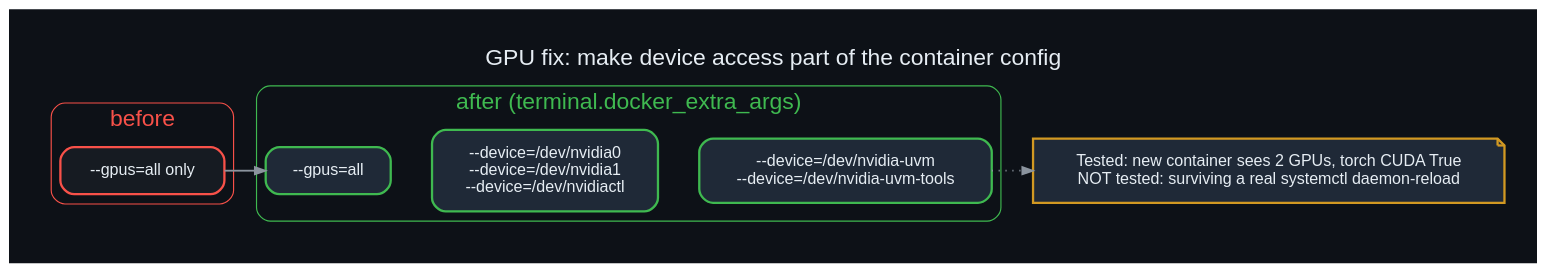
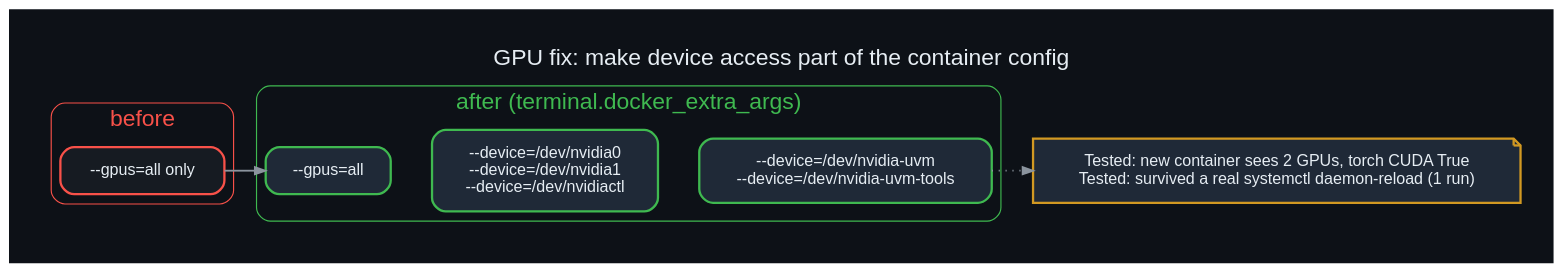
Before and after one commit to danindiana/hermes-web-search-ddgs: the diagram in diagrams/19_gpu_fix_flags.dot, drawn with Graphviz. The commit also changed 11 other files, not shown here.

Commit message:
Document daemon-reload GPU test (confirms fix), add diagram 25, correct sudo claim

```diff
--- a/diagrams/19_gpu_fix_flags.dot
+++ b/diagrams/19_gpu_fix_flags.dot
@@ -1,12 +1,12 @@
 digraph g {
 graph [bgcolor="#0d1117", rankdir=LR, fontname="Helvetica", fontcolor="#e6edf3", labelloc="t", fontsize=20, pad=0.4];
 node  [fontname="Helvetica", fontcolor="#e6edf3", color="#30363d", style="filled,rounded", shape=box, penwidth=2, margin="0.25,0.18", fillcolor="#161b22"];
 edge  [color="#8b949e", fontname="Helvetica", fontcolor="#adbac7", penwidth=1.6, arrowsize=0.9];
 label="GPU fix: make device access part of the container config";
 subgraph cluster_b { label="before"; color="#f85149"; fontcolor="#f85149"; style=rounded;
  b [label="--gpus=all only", color="#f85149"]; }
 subgraph cluster_a { label="after (terminal.docker_extra_args)"; color="#3fb950"; fontcolor="#3fb950"; style=rounded;
  a1 [label="--gpus=all", color="#3fb950", fillcolor="#1f2937"]; a2 [label="--device=/dev/nvidia0\n--device=/dev/nvidia1\n--device=/dev/nvidiactl", color="#3fb950", fillcolor="#1f2937"]; a3 [label="--device=/dev/nvidia-uvm\n--device=/dev/nvidia-uvm-tools", color="#3fb950", fillcolor="#1f2937"]; }
 b->a1; a1->a2->a3 [style=invis];
-t [label="Tested: new container sees 2 GPUs, torch CUDA True\nNOT tested: surviving a real systemctl daemon-reload", color="#d29922", fillcolor="#1f2937", shape=note]; a3->t [style=dotted];
+t [label="Tested: new container sees 2 GPUs, torch CUDA True\nTested: survived a real systemctl daemon-reload (1 run)", color="#d29922", fillcolor="#1f2937", shape=note]; a3->t [style=dotted];
 }
```
